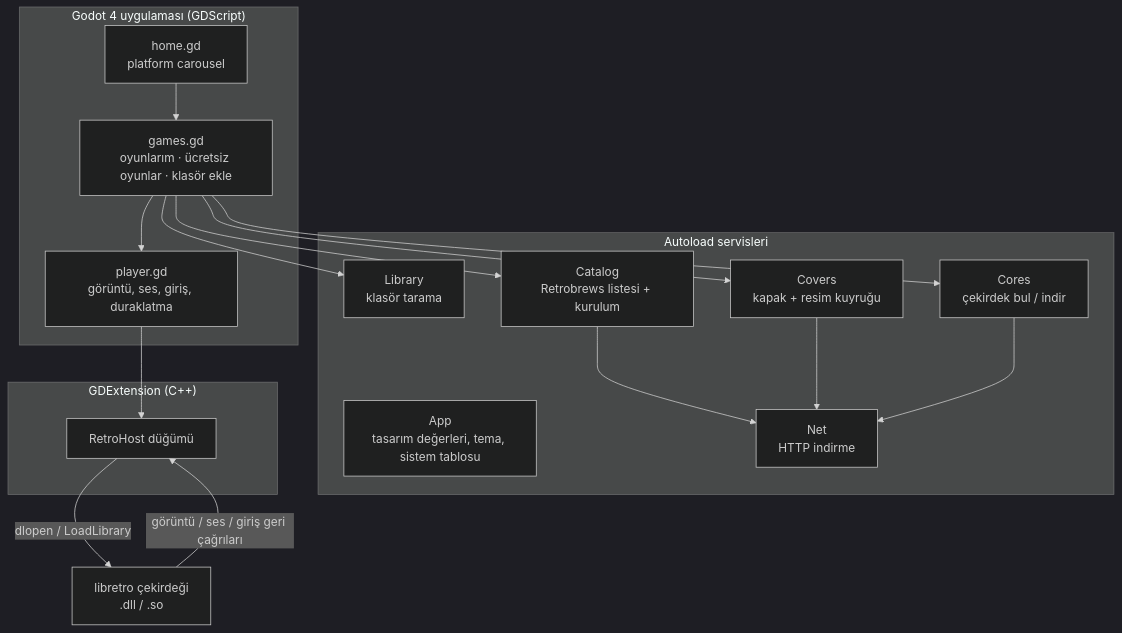
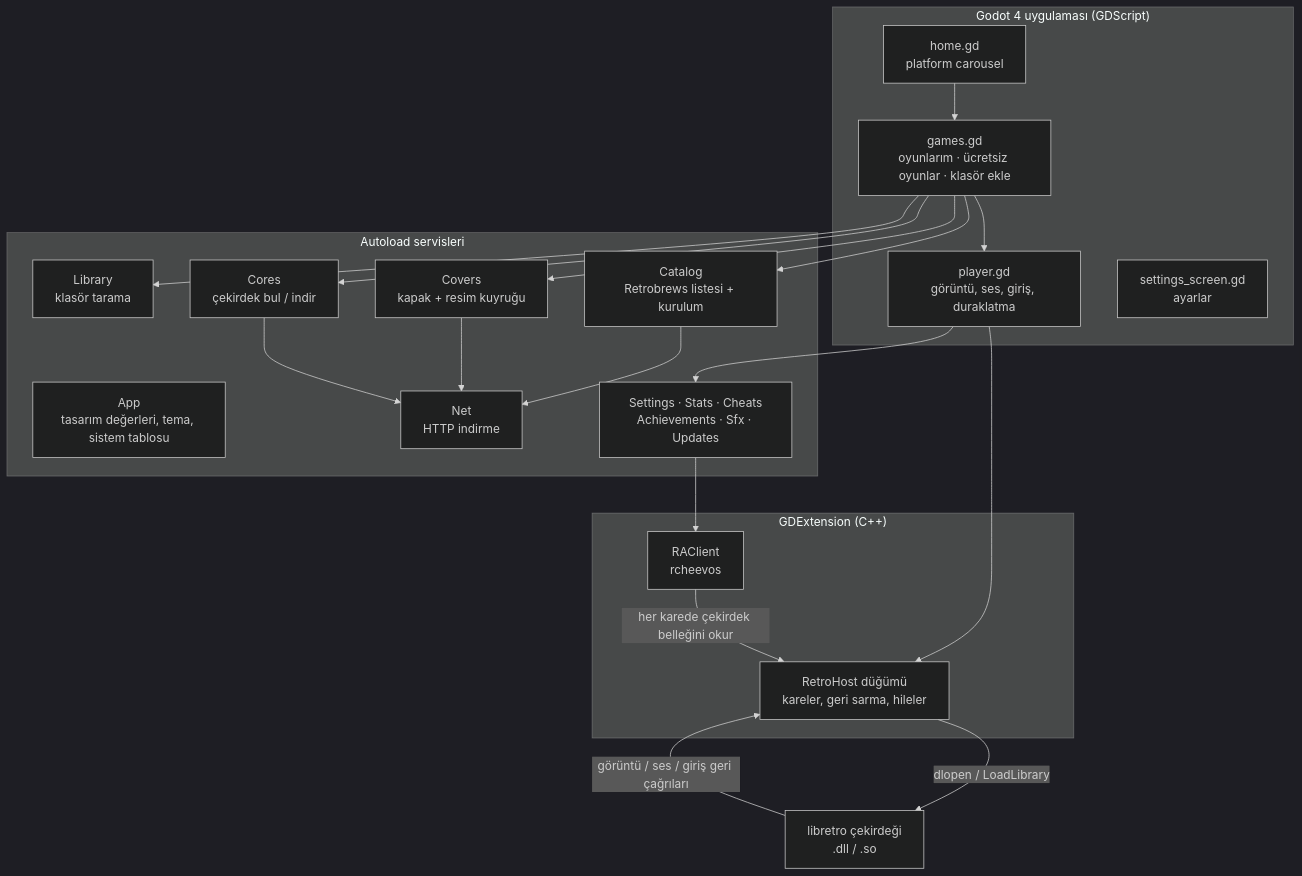
Before and after one commit to ByReDoxXx/redox-gaming: the first of 2 diagrams in docs/TEKNIK.md, drawn with Mermaid (dark theme). The commit also changed other lines of this file and 70 other files, not shown here.

````diff
--- a/docs/TEKNIK.md
+++ b/docs/TEKNIK.md
@@ -22,27 +22,33 @@
 ```mermaid
 flowchart TB
     subgraph UI["Godot 4 uygulaması (GDScript)"]
         Home["home.gd<br/>platform carousel"]
         Games["games.gd<br/>oyunlarım · ücretsiz oyunlar · klasör ekle"]
         Player["player.gd<br/>görüntü, ses, giriş, duraklatma"]
+        Setup["settings_screen.gd<br/>ayarlar"]
     end
     subgraph Services["Autoload servisleri"]
         App["App<br/>tasarım değerleri, tema, sistem tablosu"]
         Library["Library<br/>klasör tarama"]
         Catalog["Catalog<br/>Retrobrews listesi + kurulum"]
         Covers["Covers<br/>kapak + resim kuyruğu"]
         Cores["Cores<br/>çekirdek bul / indir"]
         Net["Net<br/>HTTP indirme"]
+        More["Settings · Stats · Cheats<br/>Achievements · Sfx · Updates"]
     end
     subgraph Native["GDExtension (C++)"]
-        Host["RetroHost düğümü"]
+        Host["RetroHost düğümü<br/>kareler, geri sarma, hileler"]
+        RA["RAClient<br/>rcheevos"]
     end
     CoreDLL["libretro çekirdeği<br/>.dll / .so"]
 
     Home --> Games --> Player
     Games --> Library & Catalog & Covers & Cores
     Catalog & Covers & Cores --> Net
     Player --> Host
+    Player --> More
+    More --> RA
+    RA -- "her karede çekirdek belleğini okur" --> Host
     Host -- "dlopen / LoadLibrary" --> CoreDLL
     CoreDLL -- "görüntü / ses / giriş geri çağrıları" --> Host
 ```
````
